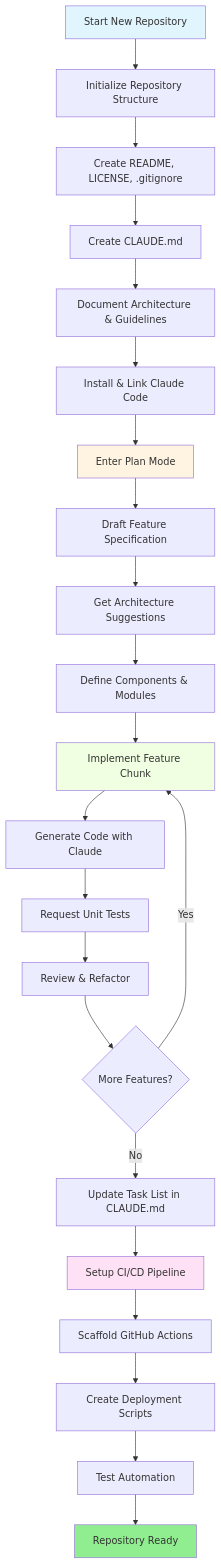
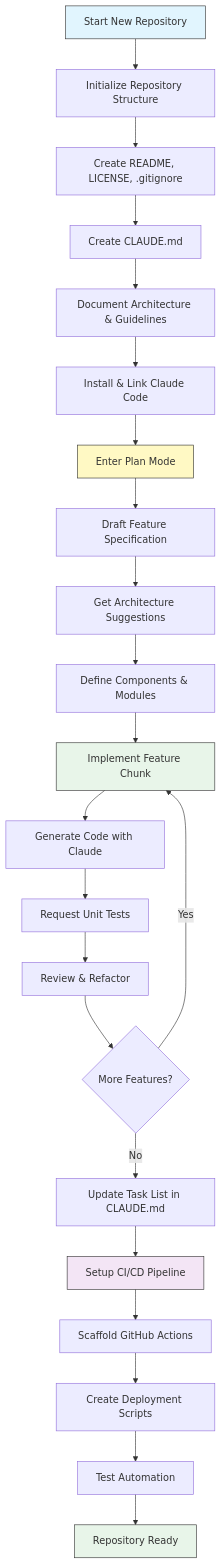
Before and after one commit to hassanbht/claude-howto: the first of 2 diagrams in fa/resources.md, drawn with Mermaid. The commit also changed other lines of this file and 174 other files, not shown here.

````diff
--- a/fa/resources.md
+++ b/fa/resources.md
@@ -121,33 +122,33 @@
 ```mermaid
 graph TD
     A[Start New Repository] --> B[Initialize Repository Structure]
     B --> C[Create README, LICENSE, .gitignore]
     C --> D[Create CLAUDE.md]
     D --> E[Document Architecture & Guidelines]
     E --> F[Install & Link Claude Code]
 
     F --> G[Enter Plan Mode]
     G --> H[Draft Feature Specification]
     H --> I[Get Architecture Suggestions]
     I --> J[Define Components & Modules]
 
     J --> K[Implement Feature Chunk]
     K --> L[Generate Code with Claude]
     L --> M[Request Unit Tests]
     M --> N[Review & Refactor]
     N --> O{More Features?}
     O -->|Yes| K
     O -->|No| P[Update Task List in CLAUDE.md]
 
     P --> Q[Setup CI/CD Pipeline]
     Q --> R[Scaffold GitHub Actions]
     R --> S[Create Deployment Scripts]
     S --> T[Test Automation]
     T --> U[Repository Ready]
 
-    style A fill:#e1f5ff
-    style G fill:#fff4e1
-    style K fill:#f0ffe1
-    style Q fill:#ffe1f5
-    style U fill:#90EE90
+    style A fill:#e1f5fe,stroke:#333,color:#333
+    style G fill:#fff9c4,stroke:#333,color:#333
+    style K fill:#e8f5e9,stroke:#333,color:#333
+    style Q fill:#f3e5f5,stroke:#333,color:#333
+    style U fill:#e8f5e9,stroke:#333,color:#333
 ```
````
